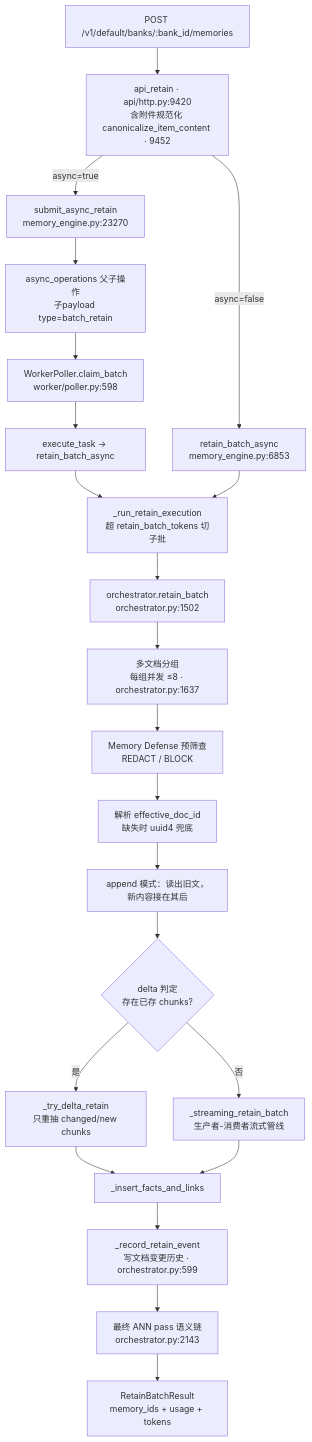
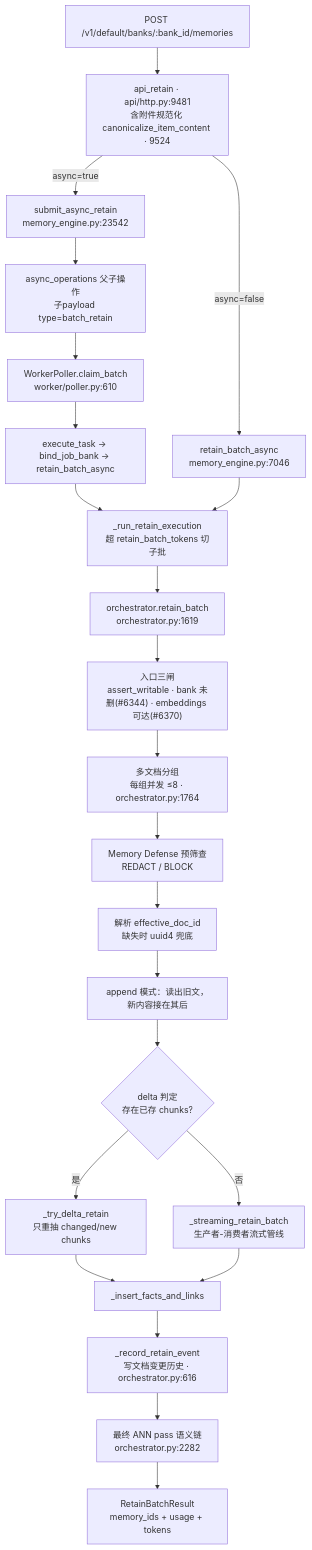
One commit to stefanv5/memory-platform-architecture changed the first of 3 diagrams in docs/hindsight/source-study/02-retain-摄取管线.md. Above: the diagram before and after it, drawn with Mermaid. The commit also changed other lines of this file and 10 other files, not shown here.

````diff
--- a/docs/hindsight/source-study/02-retain-摄取管线.md
+++ b/docs/hindsight/source-study/02-retain-摄取管线.md
@@ -64,24 +79,25 @@
 ```mermaid
 flowchart TD
-    REQ["POST /v1/default/banks/:bank_id/memories"] --> ROUTE["api_retain · api/http.py:9420<br/>含附件规范化 canonicalize_item_content · 9452"]
-    ROUTE -->|"async=true"| SUBMIT["submit_async_retain<br/>memory_engine.py:23270"]
-    ROUTE -->|"async=false"| SYNC["retain_batch_async<br/>memory_engine.py:6853"]
+    REQ["POST /v1/default/banks/:bank_id/memories"] --> ROUTE["api_retain · api/http.py:9481<br/>含附件规范化 canonicalize_item_content · 9524"]
+    ROUTE -->|"async=true"| SUBMIT["submit_async_retain<br/>memory_engine.py:23542"]
+    ROUTE -->|"async=false"| SYNC["retain_batch_async<br/>memory_engine.py:7046"]
     SUBMIT --> OPS["async_operations 父子操作<br/>子payload type=batch_retain"]
-    OPS --> POLL["WorkerPoller.claim_batch<br/>worker/poller.py:598"]
-    POLL --> EXEC["execute_task → retain_batch_async"]
+    OPS --> POLL["WorkerPoller.claim_batch<br/>worker/poller.py:610"]
+    POLL --> EXEC["execute_task → bind_job_bank → retain_batch_async"]
     EXEC --> SPLIT
     SYNC --> SPLIT["_run_retain_execution<br/>超 retain_batch_tokens 切子批"]
-    SPLIT --> ORCH["orchestrator.retain_batch<br/>orchestrator.py:1502"]
-    ORCH --> GRP["多文档分组<br/>每组并发 ≤8 · orchestrator.py:1637"]
+    SPLIT --> ORCH["orchestrator.retain_batch<br/>orchestrator.py:1619"]
+    ORCH --> GATE["入口三闸<br/>assert_writable · bank 未删(#6344) · embeddings 可达(#6370)"]
+    GATE --> GRP["多文档分组<br/>每组并发 ≤8 · orchestrator.py:1764"]
     GRP --> MD["Memory Defense 预筛查<br/>REDACT / BLOCK"]
     MD --> DOCID["解析 effective_doc_id<br/>缺失时 uuid4 兜底"]
     DOCID --> APPEND["append 模式：读出旧文，新内容接在其后"]
     APPEND --> DELTA{"delta 判定<br/>存在已存 chunks?"}
     DELTA -->|"是"| DPATH["_try_delta_retain<br/>只重抽 changed/new chunks"]
     DELTA -->|"否"| STREAM["_streaming_retain_batch<br/>生产者-消费者流式管线"]
     DPATH --> LK["_insert_facts_and_links"]
     STREAM --> LK
-    LK --> HIST["_record_retain_event<br/>写文档变更历史 · orchestrator.py:599"]
-    HIST --> ANN["最终 ANN pass 语义链<br/>orchestrator.py:2143"]
+    LK --> HIST["_record_retain_event<br/>写文档变更历史 · orchestrator.py:616"]
+    HIST --> ANN["最终 ANN pass 语义链<br/>orchestrator.py:2282"]
     ANN --> OUT["RetainBatchResult<br/>memory_ids + usage + tokens"]
 ```
````
